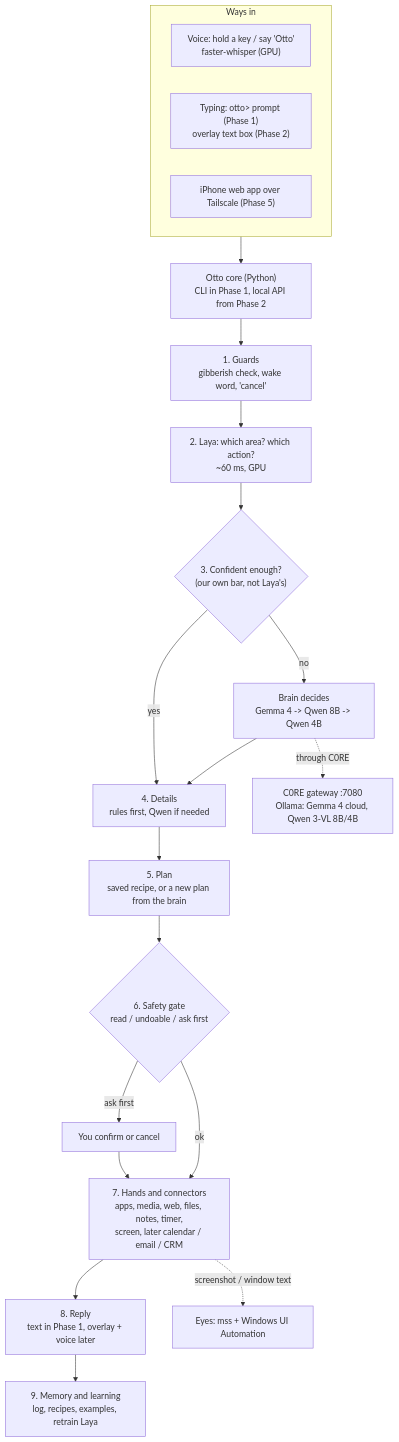
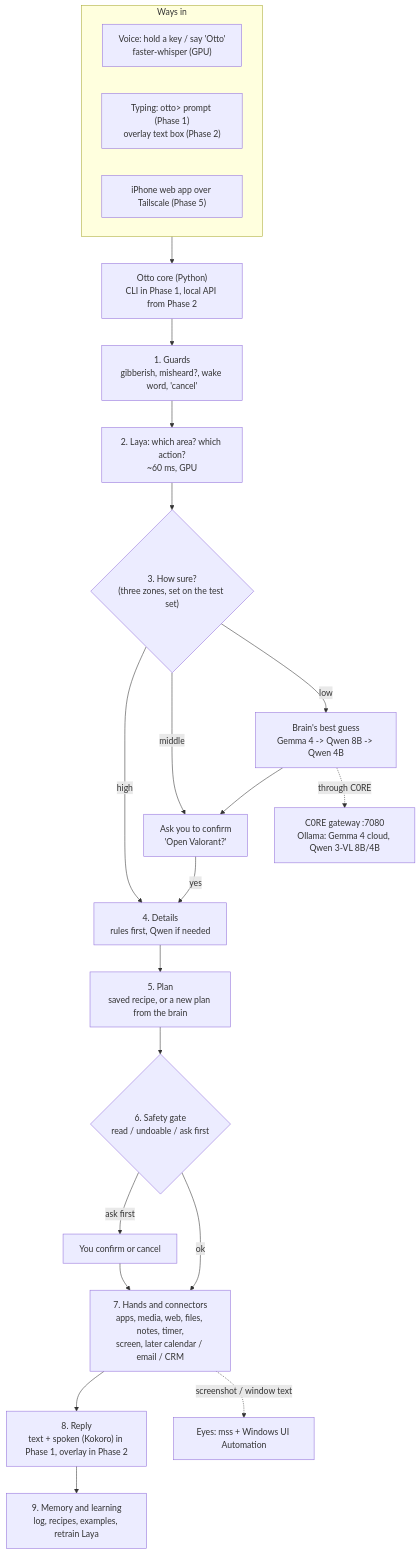
Before and after one commit to kihurn/Otto: the diagram in ARCHITECTURE.md, drawn with Mermaid. The commit also changed other lines of this file and 79 other files, not shown here.

````diff
--- a/ARCHITECTURE.md
+++ b/ARCHITECTURE.md
@@ -31,27 +31,29 @@
 ```mermaid
 flowchart TD
     subgraph IN["Ways in"]
         V["Voice: hold a key / say 'Otto'<br/>faster-whisper (GPU)"]
         T["Typing: otto> prompt (Phase 1)<br/>overlay text box (Phase 2)"]
         P["iPhone web app over Tailscale (Phase 5)"]
     end
 
     IN --> API["Otto core (Python)<br/>CLI in Phase 1, local API from Phase 2"]
 
-    API --> G["1. Guards<br/>gibberish check, wake word, 'cancel'"]
+    API --> G["1. Guards<br/>gibberish, misheard?, wake word, 'cancel'"]
     G --> L["2. Laya: which area? which action?<br/>~60 ms, GPU"]
-    L --> C{"3. Confident enough?<br/>(our own bar, not Laya's)"}
-    C -- yes --> D["4. Details<br/>rules first, Qwen if needed"]
-    C -- no --> B["Brain decides<br/>Gemma 4 -> Qwen 8B -> Qwen 4B"]
-    B --> D
+    L --> C{"3. How sure?<br/>(three zones, set on the test set)"}
+    C -- high --> D["4. Details<br/>rules first, Qwen if needed"]
+    C -- middle --> Q["Ask you to confirm<br/>'Open Valorant?'"]
+    C -- low --> B["Brain's best guess<br/>Gemma 4 -> Qwen 8B -> Qwen 4B"]
+    B --> Q
+    Q -- yes --> D
     D --> R["5. Plan<br/>saved recipe, or a new plan from the brain"]
     R --> S{"6. Safety gate<br/>read / undoable / ask first"}
     S -- "ask first" --> U["You confirm or cancel"]
     U --> H
     S -- ok --> H["7. Hands and connectors<br/>apps, media, web, files, notes, timer,<br/>screen, later calendar / email / CRM"]
-    H --> O["8. Reply<br/>text in Phase 1, overlay + voice later"]
+    H --> O["8. Reply<br/>text + spoken (Kokoro) in Phase 1, overlay in Phase 2"]
     O --> M["9. Memory and learning<br/>log, recipes, examples, retrain Laya"]
 
     B -. "through C0RE" .-> CORE["C0RE gateway :7080<br/>Ollama: Gemma 4 cloud, Qwen 3-VL 8B/4B"]
     H -. screenshot / window text .-> EYES["Eyes: mss + Windows UI Automation"]
 ```
````
